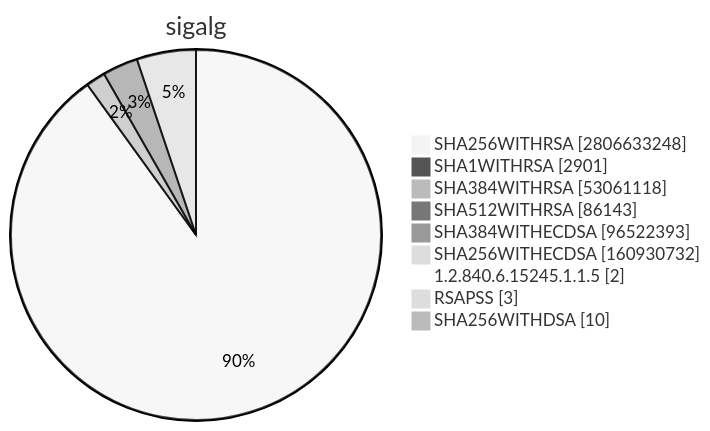
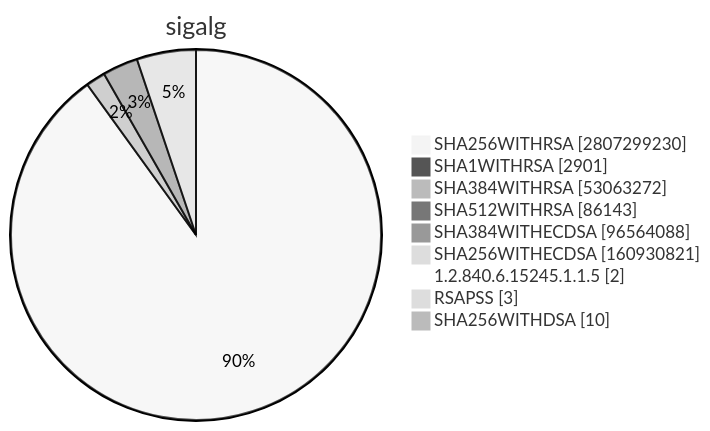
Before and after one commit to christiankrug/ctmonitor_visualization: diagram 15 of 15 in TOTAL/README.md, drawn with Mermaid (neutral theme). The commit also changed other lines of this file, not shown here.

````diff
--- a/TOTAL/README.md
+++ b/TOTAL/README.md
@@ -6207,13 +6207,13 @@
 ```mermaid
 pie showData
 title sigalg
-"SHA256WITHRSA" :2806633248
+"SHA256WITHRSA" :2807299230
 "SHA1WITHRSA" :2901
-"SHA384WITHRSA" :53061118
+"SHA384WITHRSA" :53063272
 "SHA512WITHRSA" :86143
-"SHA384WITHECDSA" :96522393
-"SHA256WITHECDSA" :160930732
+"SHA384WITHECDSA" :96564088
+"SHA256WITHECDSA" :160930821
 "1.2.840.6.15245.1.1.5" :2
 "RSAPSS" :3
 "SHA256WITHDSA" :10
 ```
````
